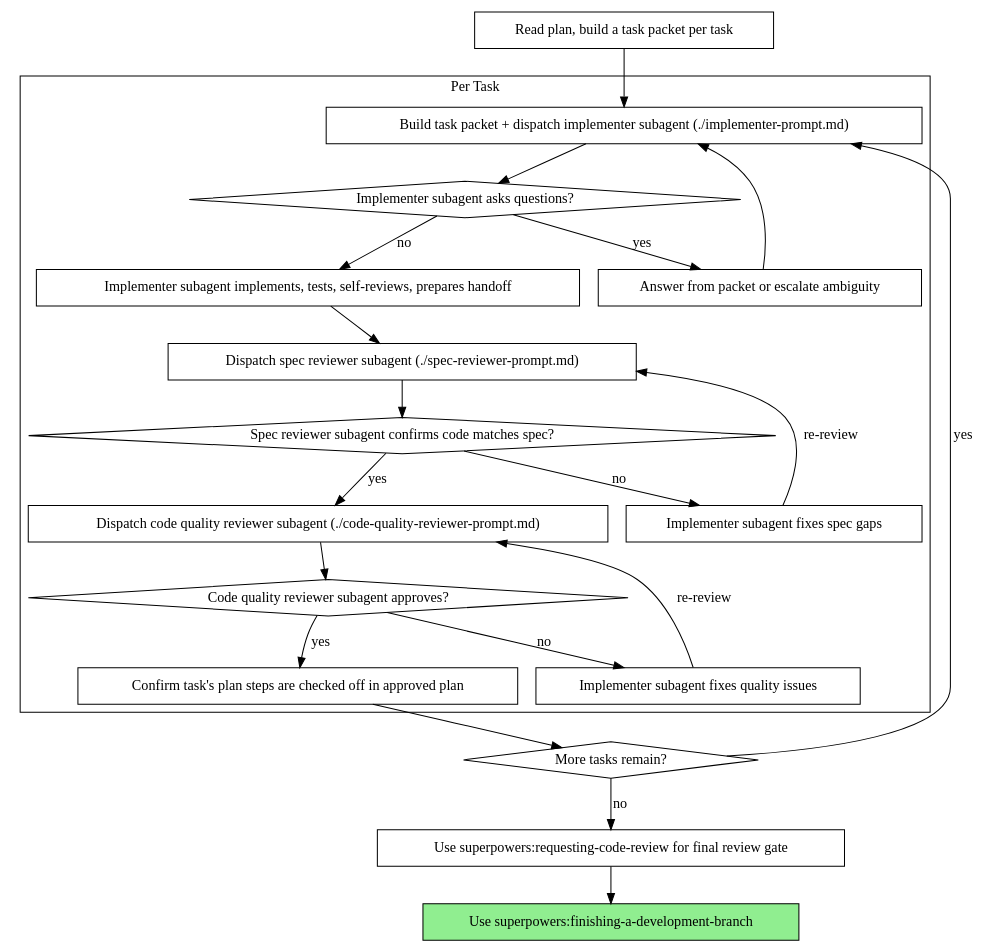
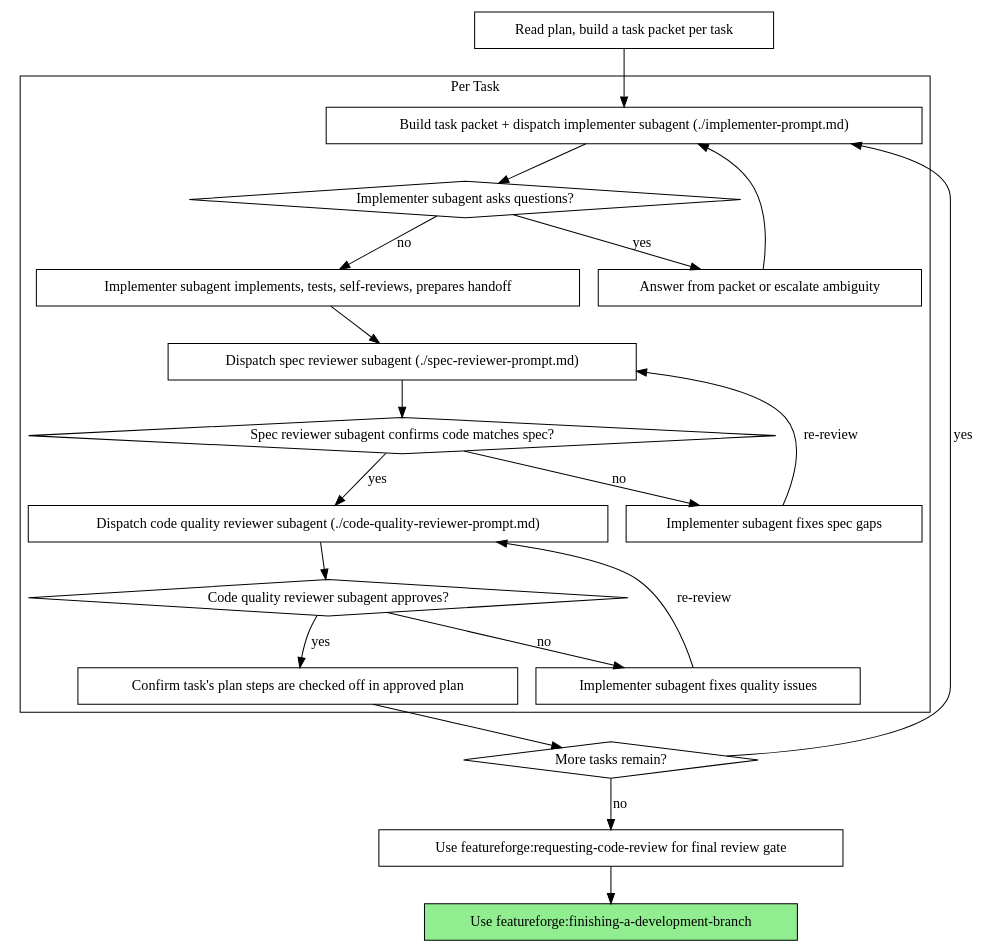
One commit to obra/superpowers changed the second of 2 diagrams in skills/subagent-driven-development/SKILL.md. Above: the diagram before and after it, drawn with Graphviz. The commit also changed other lines of this file and 235 other files, not shown here.

````diff
--- a/skills/subagent-driven-development/SKILL.md
+++ b/skills/subagent-driven-development/SKILL.md
@@ -147,44 +147,44 @@
 ```dot
 digraph process {
     rankdir=TB;
 
     subgraph cluster_per_task {
         label="Per Task";
         "Build task packet + dispatch implementer subagent (./implementer-prompt.md)" [shape=box];
         "Implementer subagent asks questions?" [shape=diamond];
         "Answer from packet or escalate ambiguity" [shape=box];
         "Implementer subagent implements, tests, self-reviews, prepares handoff" [shape=box];
         "Dispatch spec reviewer subagent (./spec-reviewer-prompt.md)" [shape=box];
         "Spec reviewer subagent confirms code matches spec?" [shape=diamond];
         "Implementer subagent fixes spec gaps" [shape=box];
         "Dispatch code quality reviewer subagent (./code-quality-reviewer-prompt.md)" [shape=box];
         "Code quality reviewer subagent approves?" [shape=diamond];
         "Implementer subagent fixes quality issues" [shape=box];
         "Confirm task's plan steps are checked off in approved plan" [shape=box];
     }
 
     "Read plan, build a task packet per task" [shape=box];
     "More tasks remain?" [shape=diamond];
-    "Use superpowers:requesting-code-review for final review gate" [shape=box];
-    "Use superpowers:finishing-a-development-branch" [shape=box style=filled fillcolor=lightgreen];
+    "Use featureforge:requesting-code-review for final review gate" [shape=box];
+    "Use featureforge:finishing-a-development-branch" [shape=box style=filled fillcolor=lightgreen];
 
     "Read plan, build a task packet per task" -> "Build task packet + dispatch implementer subagent (./implementer-prompt.md)";
     "Build task packet + dispatch implementer subagent (./implementer-prompt.md)" -> "Implementer subagent asks questions?";
     "Implementer subagent asks questions?" -> "Answer from packet or escalate ambiguity" [label="yes"];
     "Answer from packet or escalate ambiguity" -> "Build task packet + dispatch implementer subagent (./implementer-prompt.md)";
     "Implementer subagent asks questions?" -> "Implementer subagent implements, tests, self-reviews, prepares handoff" [label="no"];
     "Implementer subagent implements, tests, self-reviews, prepares handoff" -> "Dispatch spec reviewer subagent (./spec-reviewer-prompt.md)";
     "Dispatch spec reviewer subagent (./spec-reviewer-prompt.md)" -> "Spec reviewer subagent confirms code matches spec?";
     "Spec reviewer subagent confirms code matches spec?" -> "Implementer subagent fixes spec gaps" [label="no"];
     "Implementer subagent fixes spec gaps" -> "Dispatch spec reviewer subagent (./spec-reviewer-prompt.md)" [label="re-review"];
     "Spec reviewer subagent confirms code matches spec?" -> "Dispatch code quality reviewer subagent (./code-quality-reviewer-prompt.md)" [label="yes"];
     "Dispatch code quality reviewer subagent (./code-quality-reviewer-prompt.md)" -> "Code quality reviewer subagent approves?";
     "Code quality reviewer subagent approves?" -> "Implementer subagent fixes quality issues" [label="no"];
     "Implementer subagent fixes quality issues" -> "Dispatch code quality reviewer subagent (./code-quality-reviewer-prompt.md)" [label="re-review"];
     "Code quality reviewer subagent approves?" -> "Confirm task's plan steps are checked off in approved plan" [label="yes"];
     "Confirm task's plan steps are checked off in approved plan" -> "More tasks remain?";
     "More tasks remain?" -> "Build task packet + dispatch implementer subagent (./implementer-prompt.md)" [label="yes"];
-    "More tasks remain?" -> "Use superpowers:requesting-code-review for final review gate" [label="no"];
-    "Use superpowers:requesting-code-review for final review gate" -> "Use superpowers:finishing-a-development-branch";
+    "More tasks remain?" -> "Use featureforge:requesting-code-review for final review gate" [label="no"];
+    "Use featureforge:requesting-code-review for final review gate" -> "Use featureforge:finishing-a-development-branch";
 }
 ```
````
